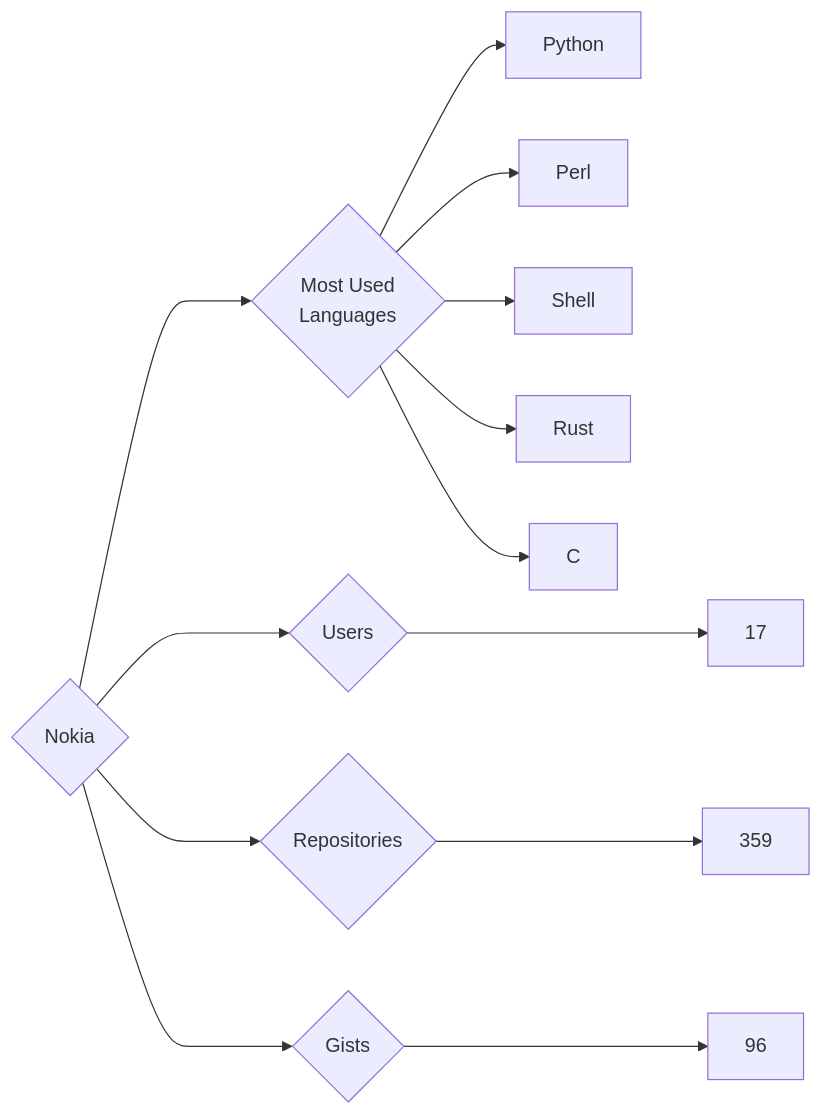
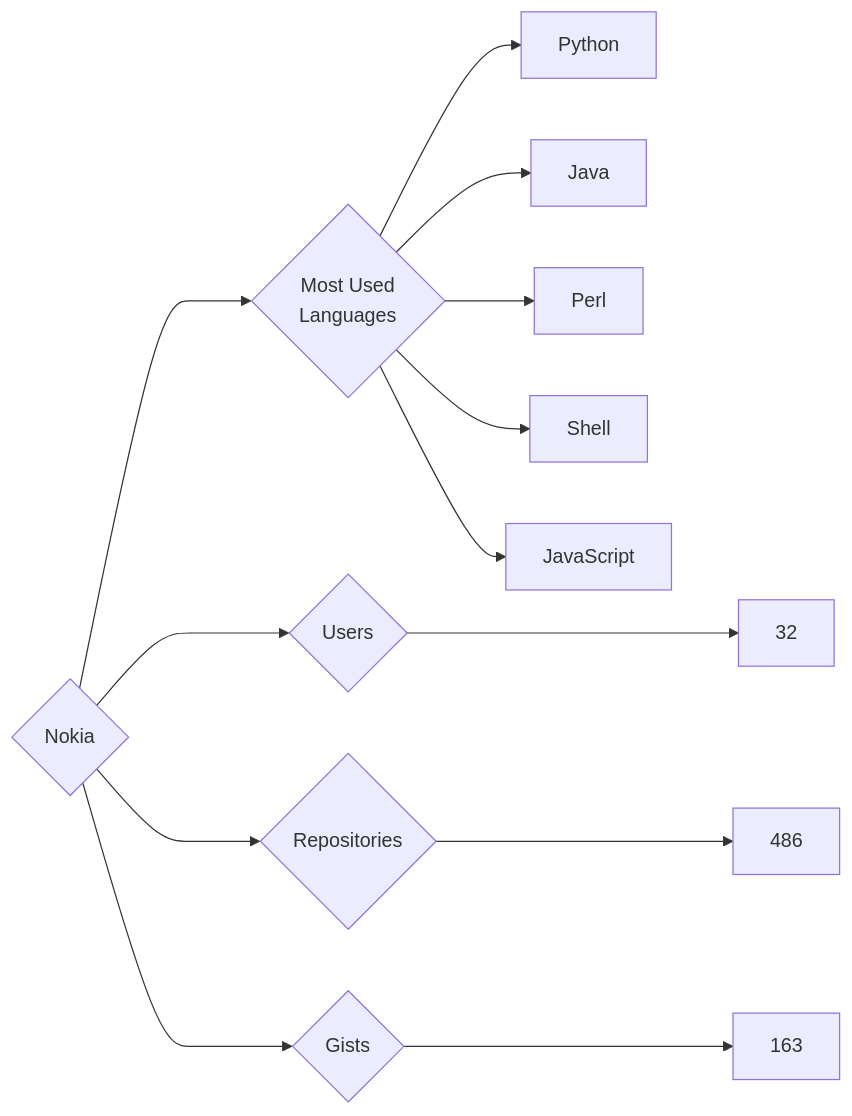
One commit to trickest/insiders changed the diagram in targets/Nokia/README.md. Above: the diagram before and after it, drawn with Mermaid. The commit also changed 903 other files, not shown here.

````diff
--- a/targets/Nokia/README.md
+++ b/targets/Nokia/README.md
@@ -3,13 +3,13 @@
 ```mermaid
 graph LR
 COMPANY_NAME{Nokia}
-COMPANY_NAME ---> U{Users} ---> UN[17]
-COMPANY_NAME ---> R{Repositories} ---> RN[359]
-COMPANY_NAME ---> G{Gists} ---> GN[96]
+COMPANY_NAME ---> U{Users} ---> UN[32]
+COMPANY_NAME ---> R{Repositories} ---> RN[486]
+COMPANY_NAME ---> G{Gists} ---> GN[163]
 COMPANY_NAME ---> ML{Most Used<br>Languages}
 ML --> Python[Python]
+ML --> Java[Java]
 ML --> Perl[Perl]
 ML --> Shell[Shell]
-ML --> Rust[Rust]
-ML --> C[C]
+ML --> JavaScript[JavaScript]
 ```
````
